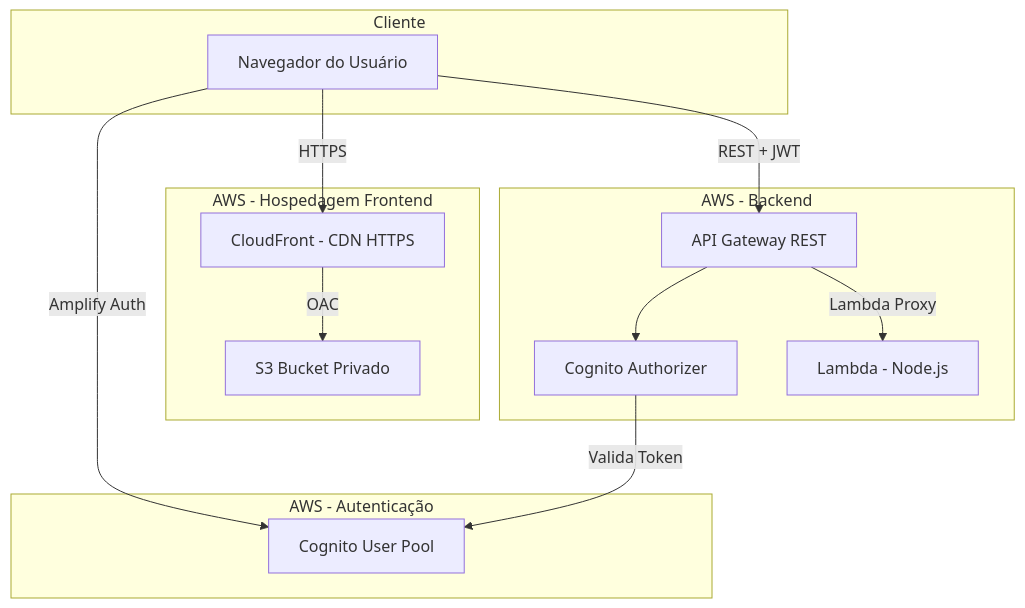
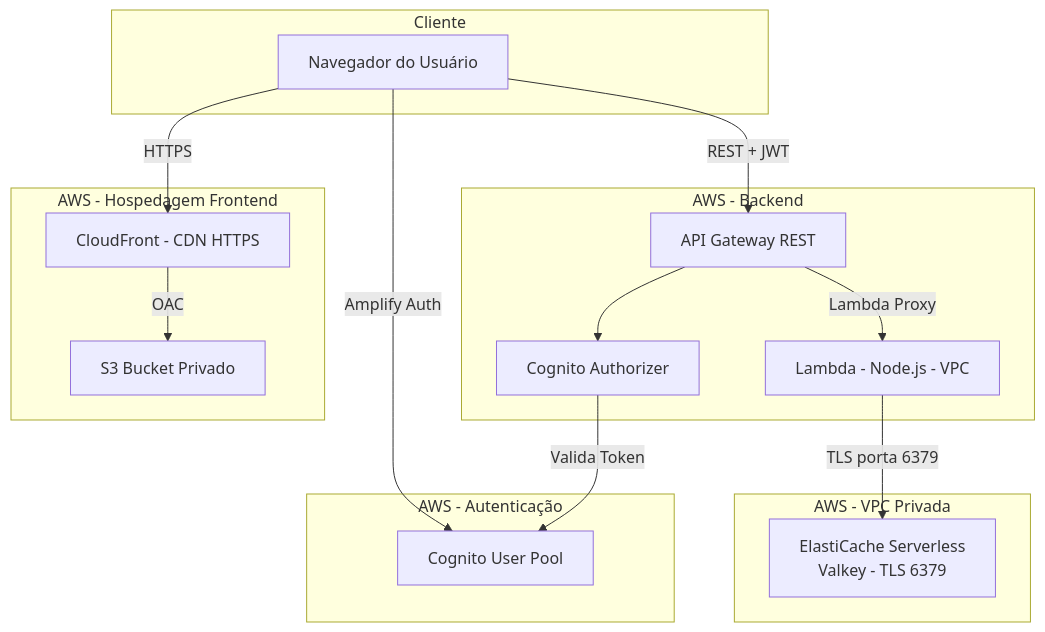
One commit to luizinhesta/Amazon-ElastiCache changed the first of 4 diagrams in README.md. Above: the diagram before and after it, drawn with Mermaid. The commit also changed other lines of this file and 1 other file, not shown here.

````diff
--- a/README.md
+++ b/README.md
@@ -37,29 +55,34 @@
 ```mermaid
 graph TB
     subgraph "Cliente"
         Browser[Navegador do Usuário]
     end
 
     subgraph "AWS - Hospedagem Frontend"
         CF[CloudFront - CDN HTTPS]
         S3[S3 Bucket Privado]
     end
 
     subgraph "AWS - Autenticação"
         Cognito[Cognito User Pool]
     end
 
     subgraph "AWS - Backend"
         APIGW[API Gateway REST]
         Authorizer[Cognito Authorizer]
-        Lambda[Lambda - Node.js]
+        Lambda[Lambda - Node.js - VPC]
+    end
+
+    subgraph "AWS - VPC Privada"
+        ElastiCache[ElastiCache Serverless<br/>Valkey - TLS 6379]
     end
 
     Browser -->|HTTPS| CF
     CF -->|OAC| S3
     Browser -->|Amplify Auth| Cognito
     Browser -->|REST + JWT| APIGW
     APIGW --> Authorizer
     Authorizer -->|Valida Token| Cognito
     APIGW -->|Lambda Proxy| Lambda
+    Lambda -->|TLS porta 6379| ElastiCache
 ```
````
